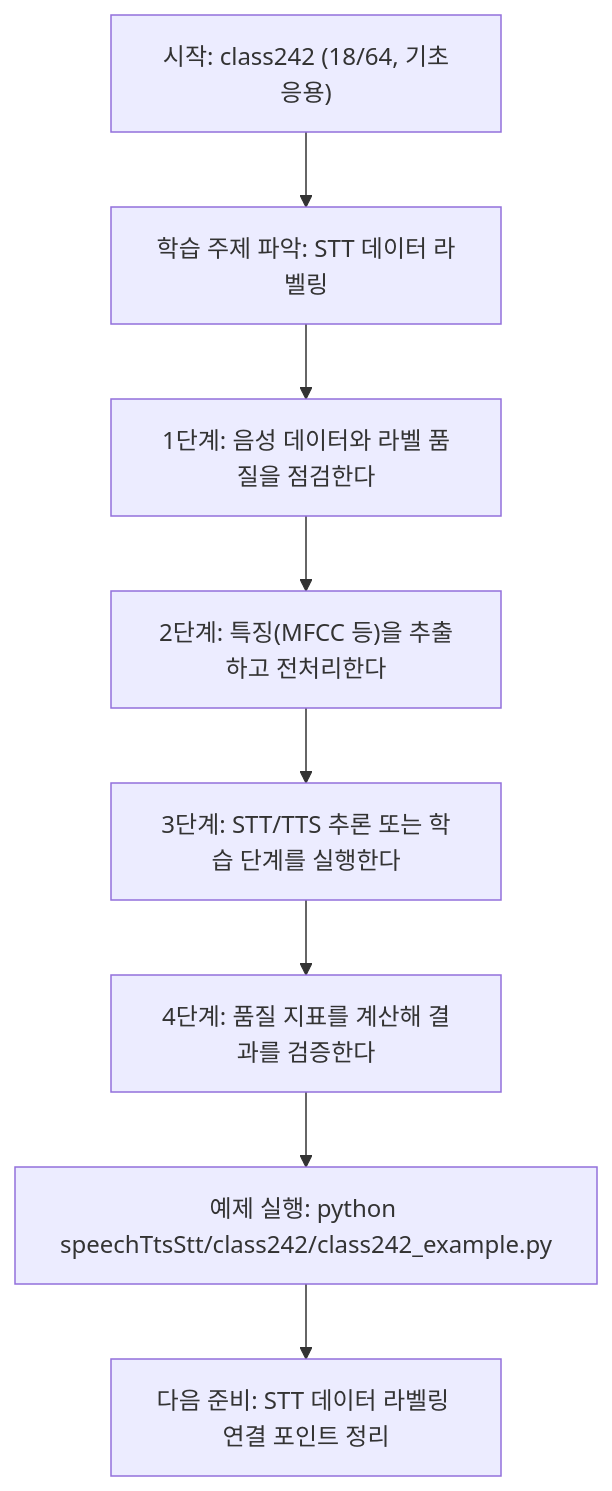
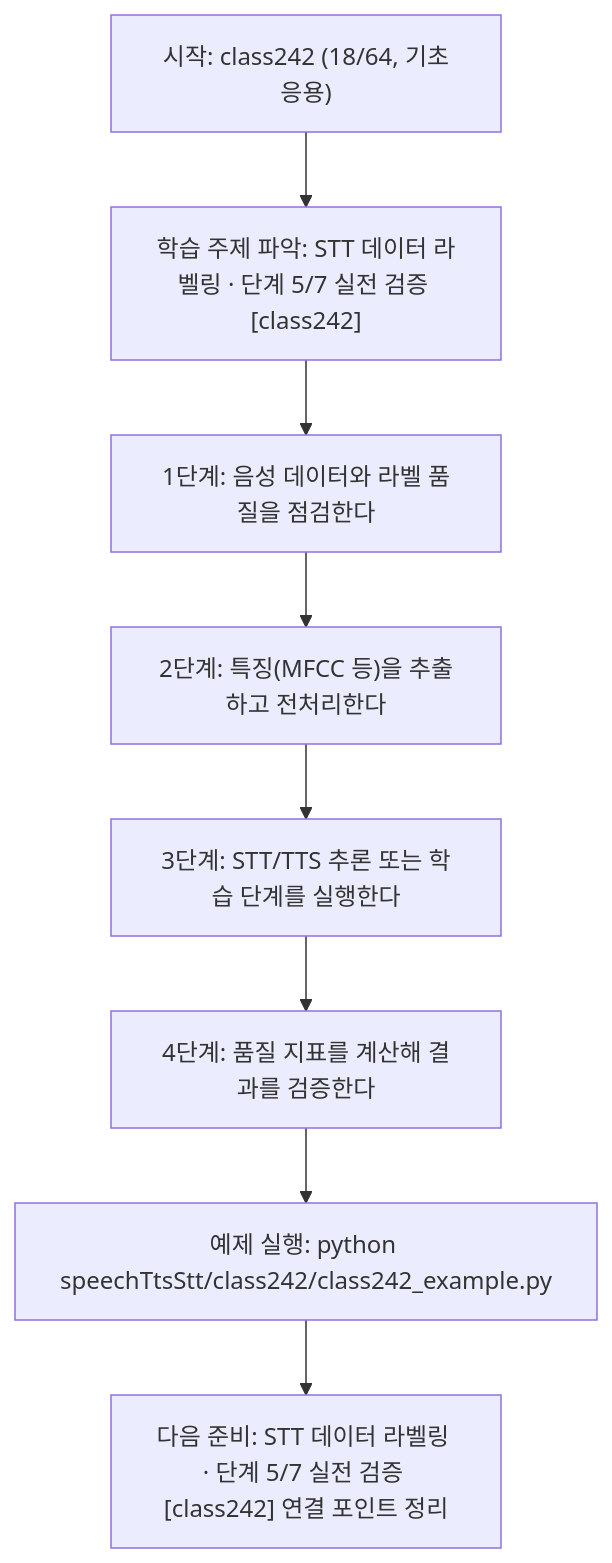
One commit to edumgt/Python-AI_Agent-Class changed the diagram in speechTtsStt/class242/class242.md. Above: the diagram before and after it, drawn with Mermaid. The commit also changed other lines of this file and 522 other files, not shown here.

````diff
--- a/speechTtsStt/class242/class242.md
+++ b/speechTtsStt/class242/class242.md
@@ -113,18 +114,18 @@
 ```mermaid
 flowchart TD
 N1["시작: class242 (18/64, 기초응용)"]
-N2["학습 주제 파악: STT 데이터 라벨링"]
+N2["학습 주제 파악: STT 데이터 라벨링 · 단계 5/7 실전 검증 [class242]"]
 N3["1단계: 음성 데이터와 라벨 품질을 점검한다"]
 N4["2단계: 특징(MFCC 등)을 추출하고 전처리한다"]
 N5["3단계: STT/TTS 추론 또는 학습 단계를 실행한다"]
 N6["4단계: 품질 지표를 계산해 결과를 검증한다"]
 N7["예제 실행: python speechTtsStt/class242/class242_example.py"]
-N8["다음 준비: STT 데이터 라벨링 연결 포인트 정리"]
+N8["다음 준비: STT 데이터 라벨링 · 단계 5/7 실전 검증 [class242] 연결 포인트 정리"]
 N1 --> N2
 N2 --> N3
 N3 --> N4
 N4 --> N5
 N5 --> N6
 N6 --> N7
 N7 --> N8
 ```
````
